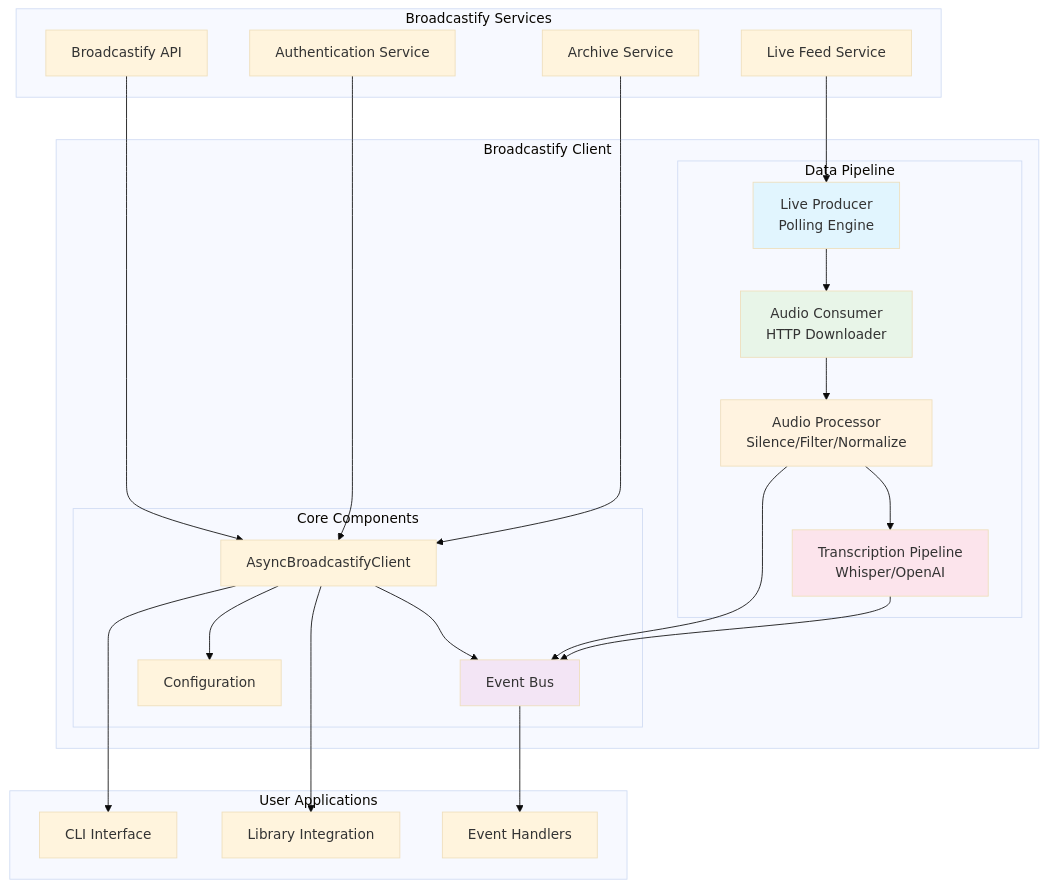
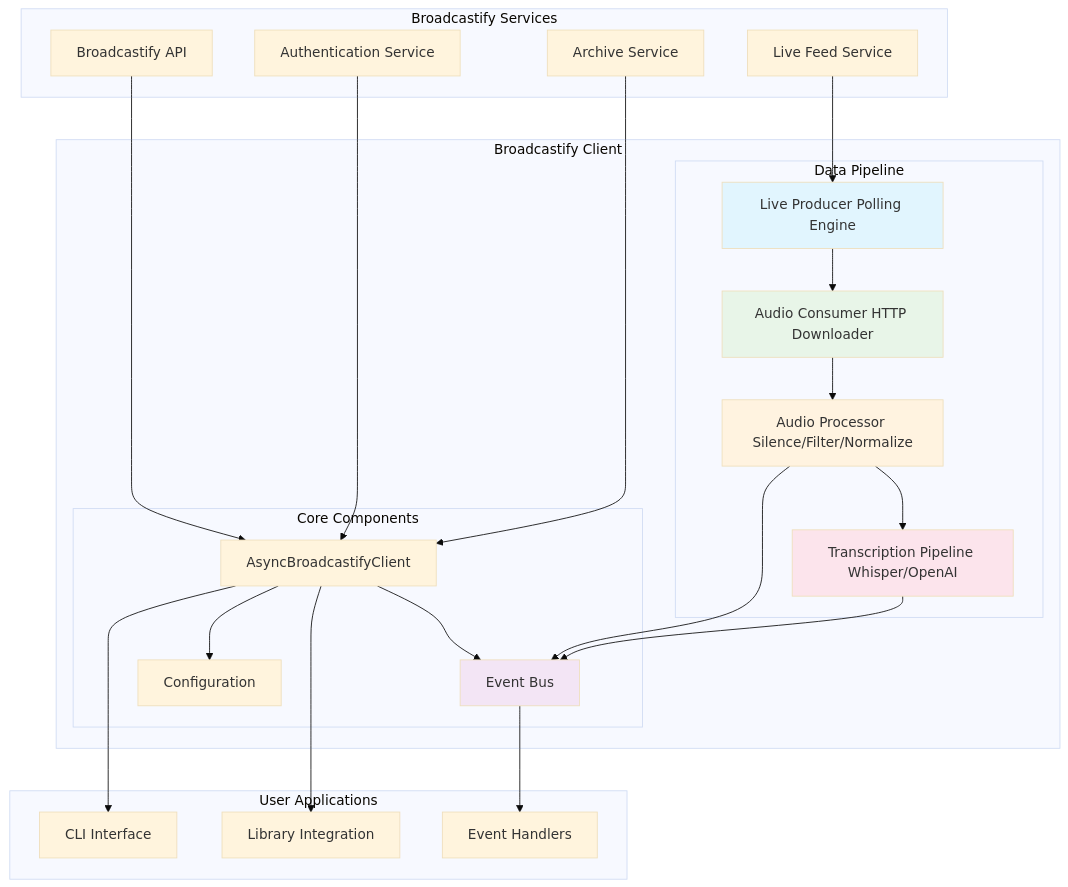
Before and after one commit to bradsjm/broadcastify-calls: the first of 8 diagrams in README.md, drawn with Mermaid (base theme). The commit also changed other lines of this file, not shown here.

````diff
--- a/README.md
+++ b/README.md
@@ -7,54 +7,54 @@
 ```mermaid
 graph TB
     subgraph "Broadcastify Services"
         API[Broadcastify API]
         AUTH[Authentication Service]
         ARCHIVE[Archive Service]
         LIVE[Live Feed Service]
     end
 
     subgraph "Broadcastify Client"
         subgraph "Core Components"
             CLIENT[AsyncBroadcastifyClient]
             EVENTBUS[Event Bus]
             CONFIG[Configuration]
         end
 
         subgraph "Data Pipeline"
-            POLLER[Live Producer<br/>Polling Engine]
-            DOWNLOADER[Audio Consumer<br/>HTTP Downloader]
-            PROCESSOR[Audio Processor<br/>Silence/Filter/Normalize]
-            TRANSCRIBE[Transcription Pipeline<br/>Whisper/OpenAI]
+            POLLER[Live Producer Polling Engine]
+            DOWNLOADER[Audio Consumer HTTP Downloader]
+            PROCESSOR[Audio Processor Silence/Filter/Normalize]
+            TRANSCRIBE[Transcription Pipeline Whisper/OpenAI]
         end
     end
 
     subgraph "User Applications"
         CLI[CLI Interface]
         LIBRARY[Library Integration]
         HANDLERS[Event Handlers]
     end
 
     API --> CLIENT
     AUTH --> CLIENT
     ARCHIVE --> CLIENT
     LIVE --> POLLER
 
     CLIENT --> EVENTBUS
     CLIENT --> CONFIG
 
     POLLER --> DOWNLOADER
     DOWNLOADER --> PROCESSOR
     PROCESSOR --> TRANSCRIBE
     PROCESSOR --> EVENTBUS
     TRANSCRIBE --> EVENTBUS
 
     EVENTBUS --> HANDLERS
     CLIENT --> CLI
     CLIENT --> LIBRARY
 
     style POLLER fill:#e1f5fe
     style DOWNLOADER fill:#e8f5e8
     style PROCESSOR fill:#fff3e0
     style TRANSCRIBE fill:#fce4ec
     style EVENTBUS fill:#f3e5f5
 ```
````
